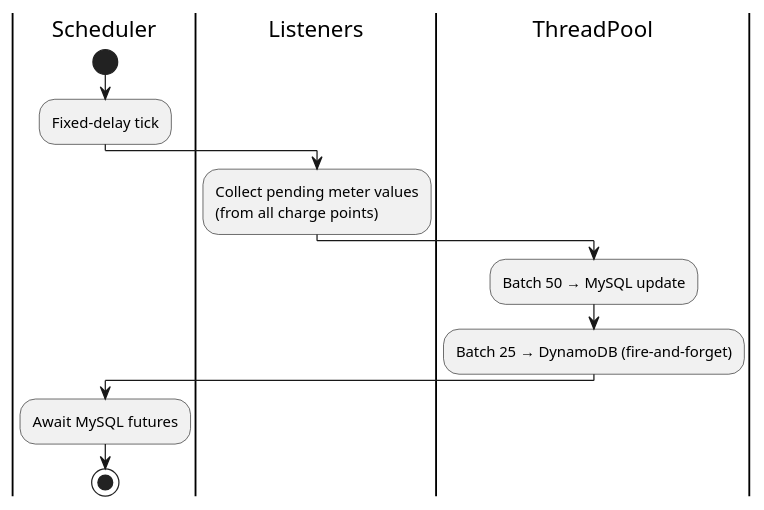
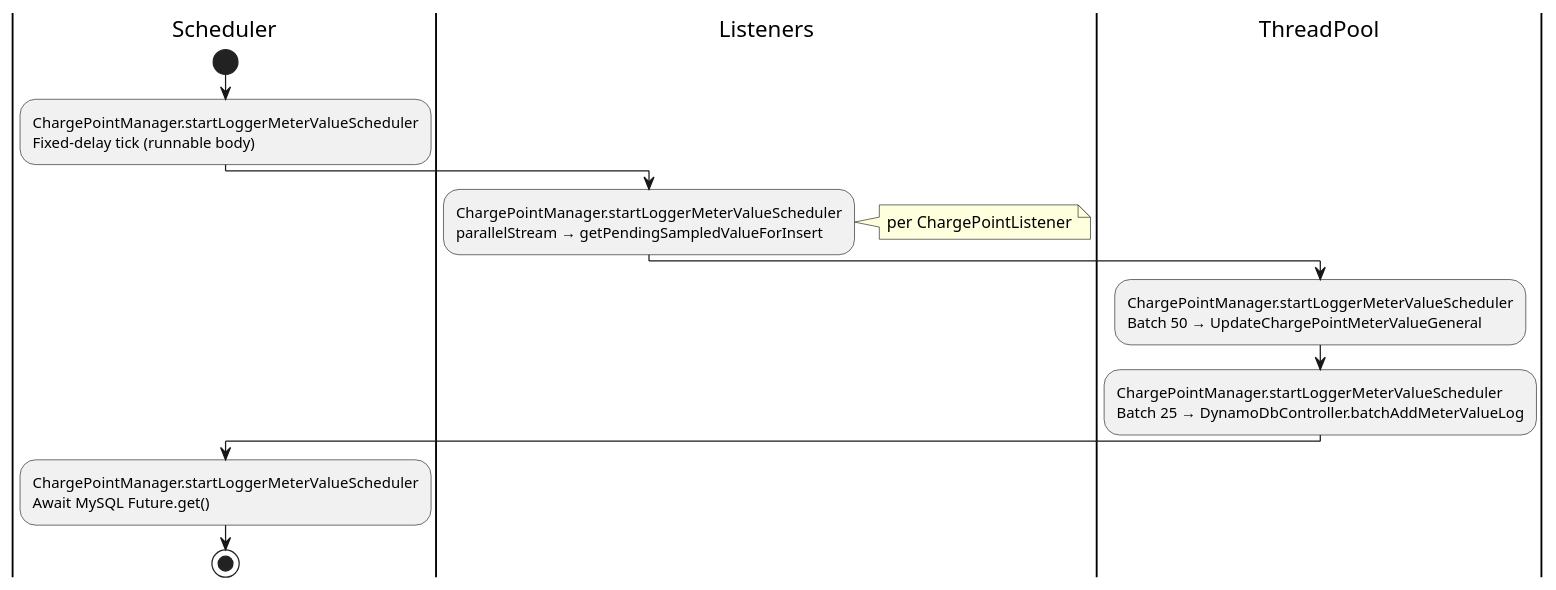
The first of 2 diagrams in tool--plantuml-flow-digest/examples.md (machingclee/my-skills), drawn with PlantUML before and after one commit. The commit also changed other lines of this file and 1 other file, not shown here.

````diff
--- a/tool--plantuml-flow-digest/examples.md
+++ b/tool--plantuml-flow-digest/examples.md
@@ -19,15 +19,23 @@
 ```plantuml
 @startuml
 |Scheduler|
 start
-:Fixed-delay tick;
+:ChargePointManager.startLoggerMeterValueScheduler
+Fixed-delay tick (runnable body);
 |Listeners|
-:Collect pending meter values\n(from all charge points);
+:ChargePointManager.startLoggerMeterValueScheduler
+parallelStream → getPendingSampledValueForInsert;
+note right
+  per ChargePointListener
+end note
 |ThreadPool|
-:Batch 50 → MySQL update;
-:Batch 25 → DynamoDB (fire-and-forget);
+:ChargePointManager.startLoggerMeterValueScheduler
+Batch 50 → UpdateChargePointMeterValueGeneral;
+:ChargePointManager.startLoggerMeterValueScheduler
+Batch 25 → DynamoDbController.batchAddMeterValueLog;
 |Scheduler|
-:Await MySQL futures;
+:ChargePointManager.startLoggerMeterValueScheduler
+Await MySQL Future.get();
 stop
 @enduml
 ```
````
